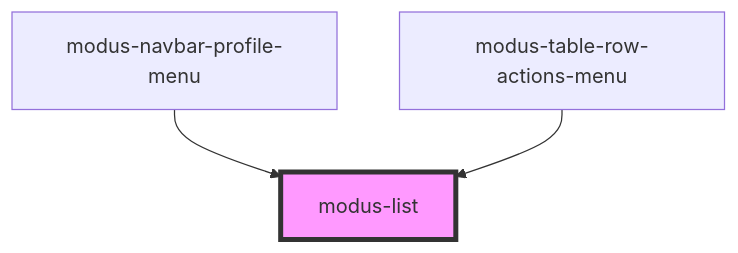
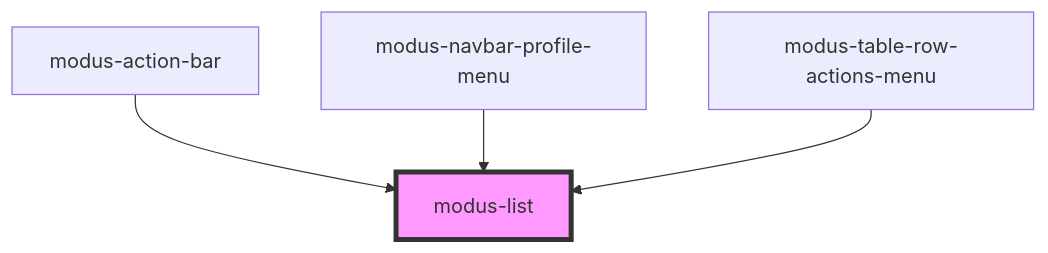
One commit to trimble-oss/modus-web-components changed the diagram in stencil-workspace/src/components/modus-list/readme.md. Above: the diagram before and after it, drawn with Mermaid. The commit also changed other lines of this file and 13 other files, not shown here.

````diff
--- a/stencil-workspace/src/components/modus-list/readme.md
+++ b/stencil-workspace/src/components/modus-list/readme.md
@@ -23,6 +24,7 @@
 ```mermaid
 graph TD;
+  modus-action-bar --> modus-list
   modus-navbar-profile-menu --> modus-list
   modus-table-row-actions-menu --> modus-list
   style modus-list fill:#f9f,stroke:#333,stroke-width:4px
 ```
````
